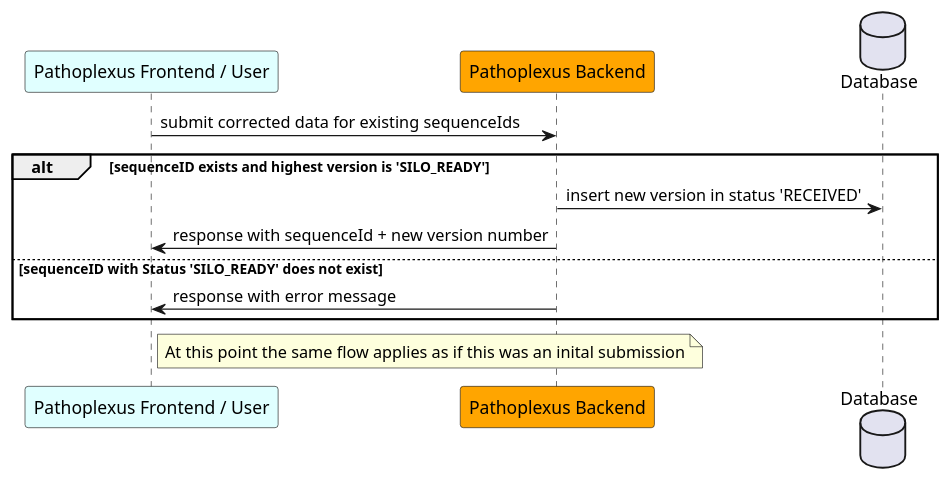
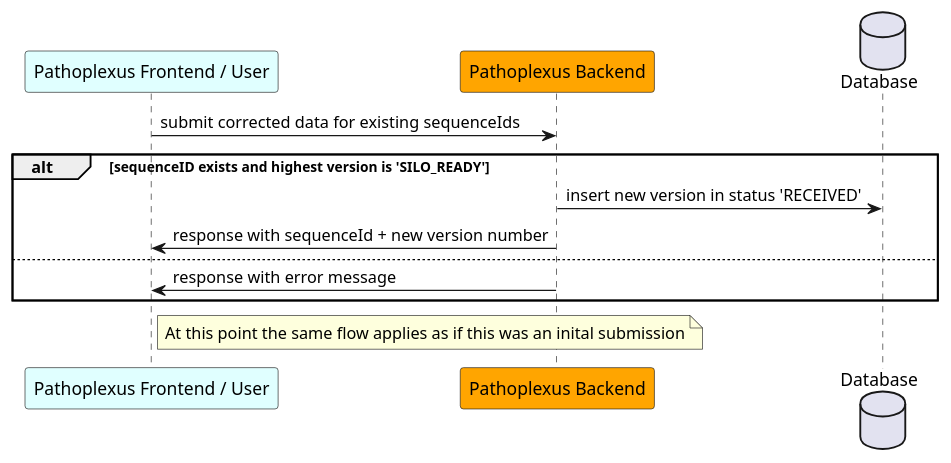
One commit to loculus-project/loculus changed the diagram in backend/docs/plantuml/sequenceRevision.puml. Above: the diagram before and after it, drawn with PlantUML. The commit also changed 4 other files, not shown here.

```diff
--- a/backend/docs/plantuml/sequenceRevision.puml
+++ b/backend/docs/plantuml/sequenceRevision.puml
@@ -1,19 +1,19 @@
 @startuml
     participant "Pathoplexus Frontend / User" as frontend #LightCyan
     participant "Pathoplexus Backend" as backend #Orange
     database "Database" as DB
 
 
     frontend -> backend: submit corrected data for existing sequenceIds
 
     alt sequenceID exists and highest version is 'SILO_READY'
         backend -> DB: insert new version in status 'RECEIVED'
     backend -> frontend: response with sequenceId + new version number
-    else sequenceID with Status 'SILO_READY' does not exist
+    else
         backend -> frontend: response with error message
     end
 
     note right of frontend
         At this point the same flow applies as if this was an inital submission
     end note
 @enduml
```
